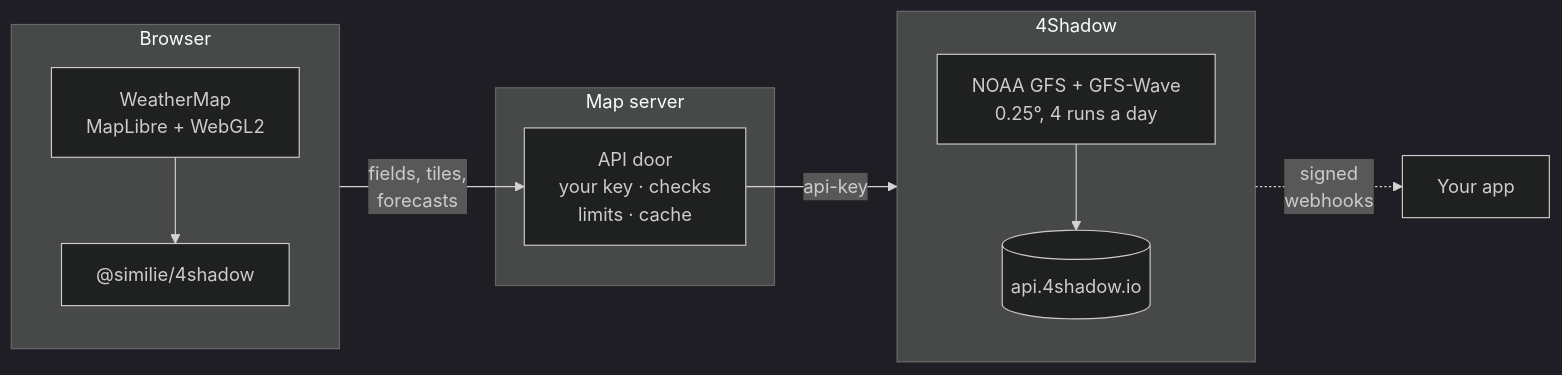
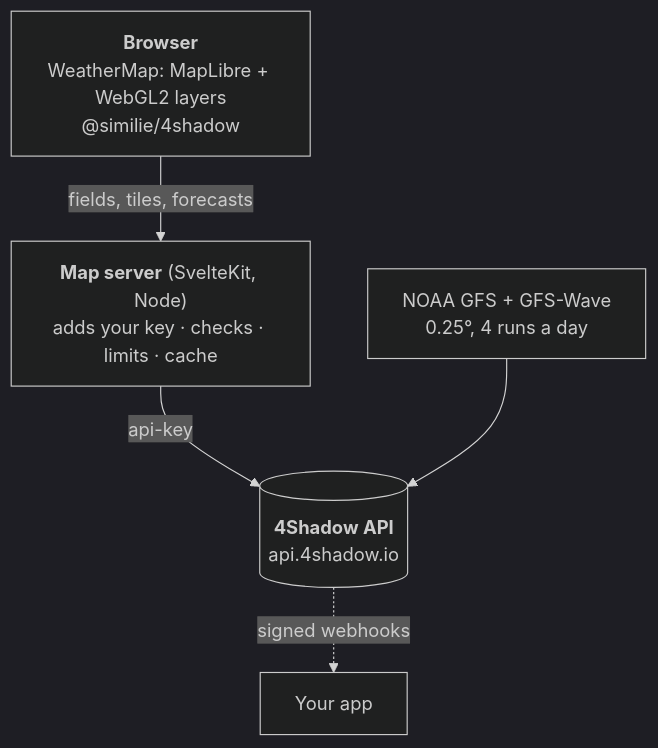
The diagram in README.md (similie/4Shadow-js), drawn with Mermaid (dark theme) before and after one commit.

Commit message:
README: architecture diagram top to bottom, so it fits

````diff
--- a/README.md
+++ b/README.md
@@ -131,16 +131,11 @@
 ```mermaid
-flowchart LR
-  subgraph browser["Browser"]
-    direction TB
-    map["WeatherMap<br/>MapLibre + WebGL2"] --> sdk["@similie/4shadow"]
-  end
-  subgraph server["Map server"]
-    door["API door<br/>your key · checks<br/>limits · cache"]
-  end
-  subgraph fourshadow["4Shadow"]
-    direction TB
-    gfs["NOAA GFS + GFS-Wave<br/>0.25°, 4 runs a day"] --> api[("api.4shadow.io")]
-  end
-  sdk -- "fields, tiles,<br/>forecasts" --> door -- "api-key" --> api
-  api -. "signed<br/>webhooks" .-> hooks["Your app"]
+flowchart TB
+  map["<b>Browser</b><br/>WeatherMap: MapLibre + WebGL2 layers<br/>@similie/4shadow"]
+  door["<b>Map server</b> (SvelteKit, Node)<br/>adds your key · checks · limits · cache"]
+  api[("<b>4Shadow API</b><br/>api.4shadow.io")]
+  gfs["NOAA GFS + GFS-Wave<br/>0.25°, 4 runs a day"]
+  hooks["Your app"]
+  map -- "fields, tiles, forecasts" --> door -- "api-key" --> api
+  gfs --> api
+  api -. "signed webhooks" .-> hooks
 ```
````
